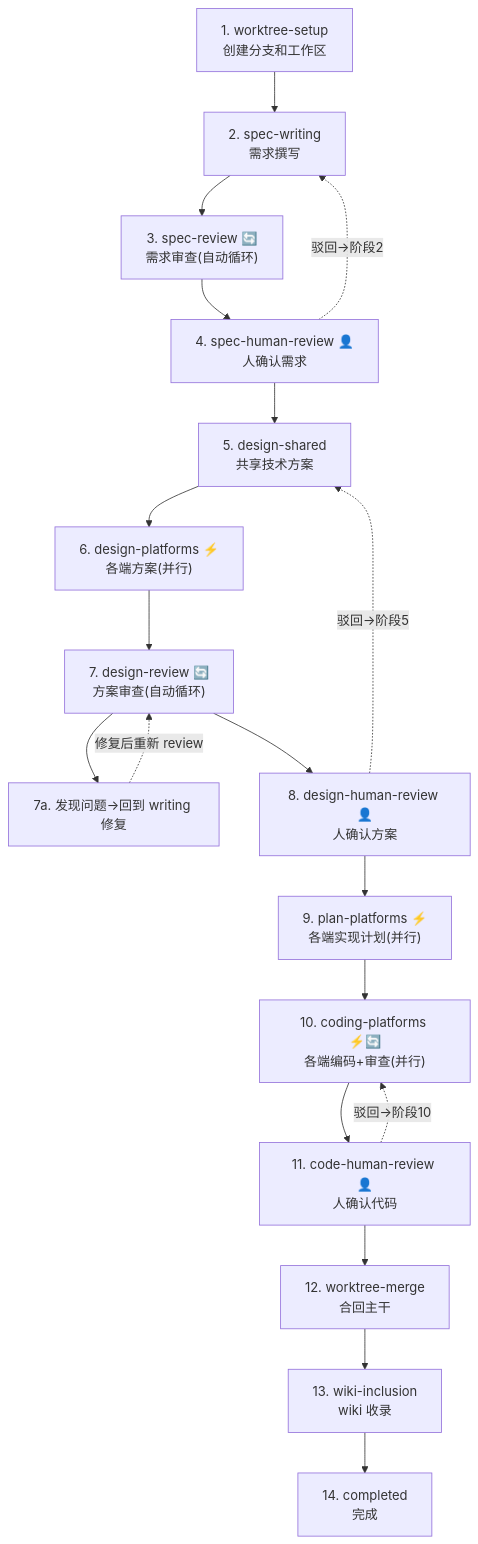
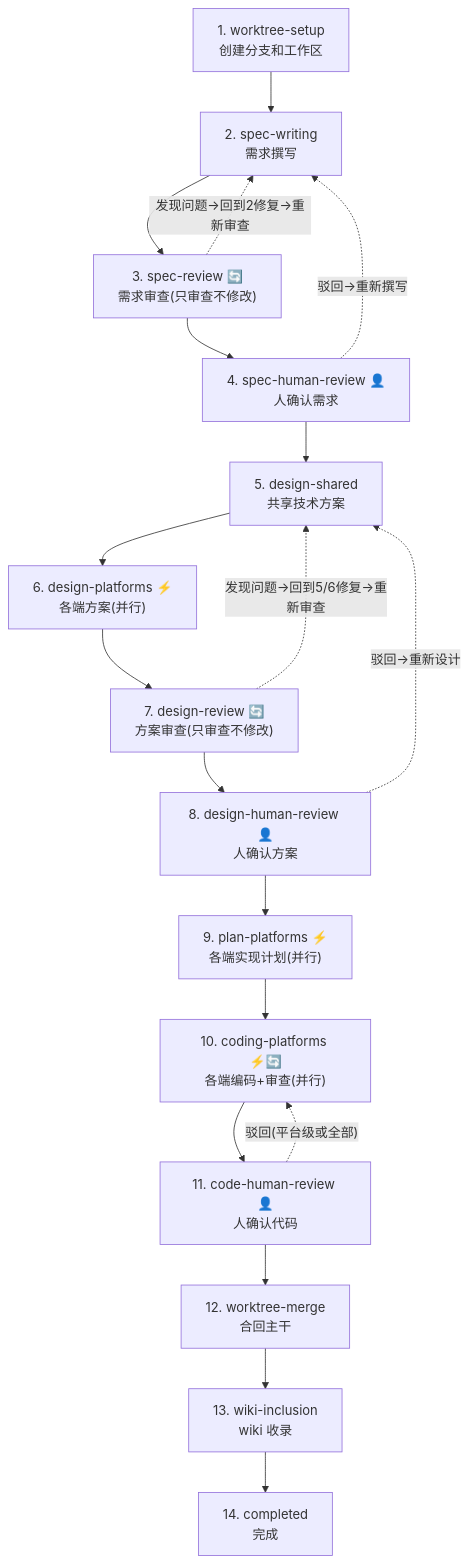
One commit to djs66256/fork-any-application changed the diagram in .claude/skills/feature-workflow/SKILL.md. Above: the diagram before and after it, drawn with Mermaid. The commit also changed other lines of this file and 7 other files, not shown here.

````diff
--- a/.claude/skills/feature-workflow/SKILL.md
+++ b/.claude/skills/feature-workflow/SKILL.md
@@ -45,22 +45,22 @@
 ```mermaid
 flowchart TD
     A["1. worktree-setup<br/>创建分支和工作区"] --> B["2. spec-writing<br/>需求撰写"]
-    B --> C["3. spec-review 🔄<br/>需求审查(自动循环)"]
+    B --> C["3. spec-review 🔄<br/>需求审查(只审查不修改)"]
+    C -. "发现问题→回到2修复→重新审查" .-> B
     C --> D["4. spec-human-review 👤<br/>人确认需求"]
     D --> E["5. design-shared<br/>共享技术方案"]
     E --> F["6. design-platforms ⚡<br/>各端方案(并行)"]
-    F --> G["7. design-review 🔄<br/>方案审查(自动循环)"]
-    G --> G1["7a. 发现问题→回到 writing 修复"]
-    G1 -. "修复后重新 review" .-> G
+    F --> G["7. design-review 🔄<br/>方案审查(只审查不修改)"]
+    G -. "发现问题→回到5/6修复→重新审查" .-> E
     G --> H["8. design-human-review 👤<br/>人确认方案"]
     H --> I["9. plan-platforms ⚡<br/>各端实现计划(并行)"]
     I --> J["10. coding-platforms ⚡🔄<br/>各端编码+审查(并行)"]
     J --> K["11. code-human-review 👤<br/>人确认代码"]
     K --> L["12. worktree-merge<br/>合回主干"]
     L --> M["13. wiki-inclusion<br/>wiki 收录"]
     M --> N["14. completed<br/>完成"]
 
-    D -. "驳回→阶段2" .-> B
-    H -. "驳回→阶段5" .-> E
-    K -. "驳回→阶段10" .-> J
+    D -. "驳回→重新撰写" .-> B
+    H -. "驳回→重新设计" .-> E
+    K -. "驳回(平台级或全部)" .-> J
 ```
````
